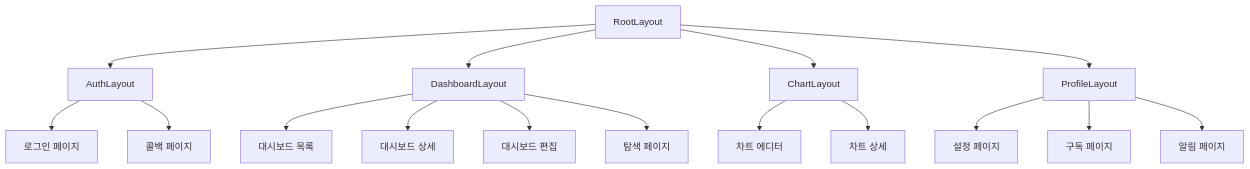
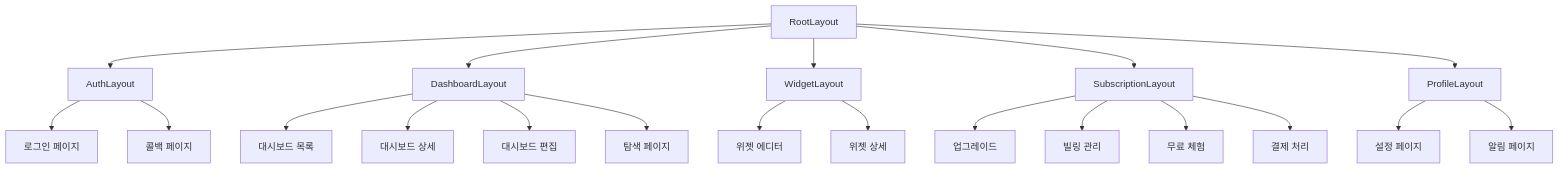
Before and after one commit to Seungwoo321/etorch-docs: the third of 5 diagrams in frontend/routing.md, drawn with Mermaid. The commit also changed other lines of this file, not shown here.

````diff
--- a/frontend/routing.md
+++ b/frontend/routing.md
@@ -194,22 +229,27 @@
 ```mermaid
 flowchart TD
     Root[RootLayout] --> Auth[AuthLayout]
     Root --> Dashboard[DashboardLayout]
-    Root --> Chart[ChartLayout]
+    Root --> Widget[WidgetLayout]
+    Root --> Subscription[SubscriptionLayout]
     Root --> Profile[ProfileLayout]
     
     Auth --> Login[로그인 페이지]
     Auth --> Callback[콜백 페이지]
     
     Dashboard --> DashboardList[대시보드 목록]
     Dashboard --> DashboardDetail[대시보드 상세]
     Dashboard --> DashboardEdit[대시보드 편집]
     Dashboard --> Explore[탐색 페이지]
     
-    Chart --> ChartEditor[차트 에디터]
-    Chart --> ChartDetail[차트 상세]
+    Widget --> WidgetEditor[위젯 에디터]
+    Widget --> WidgetDetail[위젯 상세]
+    
+    Subscription --> Upgrade[업그레이드]
+    Subscription --> Billing[빌링 관리]
+    Subscription --> Trial[무료 체험]
+    Subscription --> Payment[결제 처리]
     
     Profile --> Settings[설정 페이지]
-    Profile --> Subscription[구독 페이지]
     Profile --> Notifications[알림 페이지]
 ```
````
